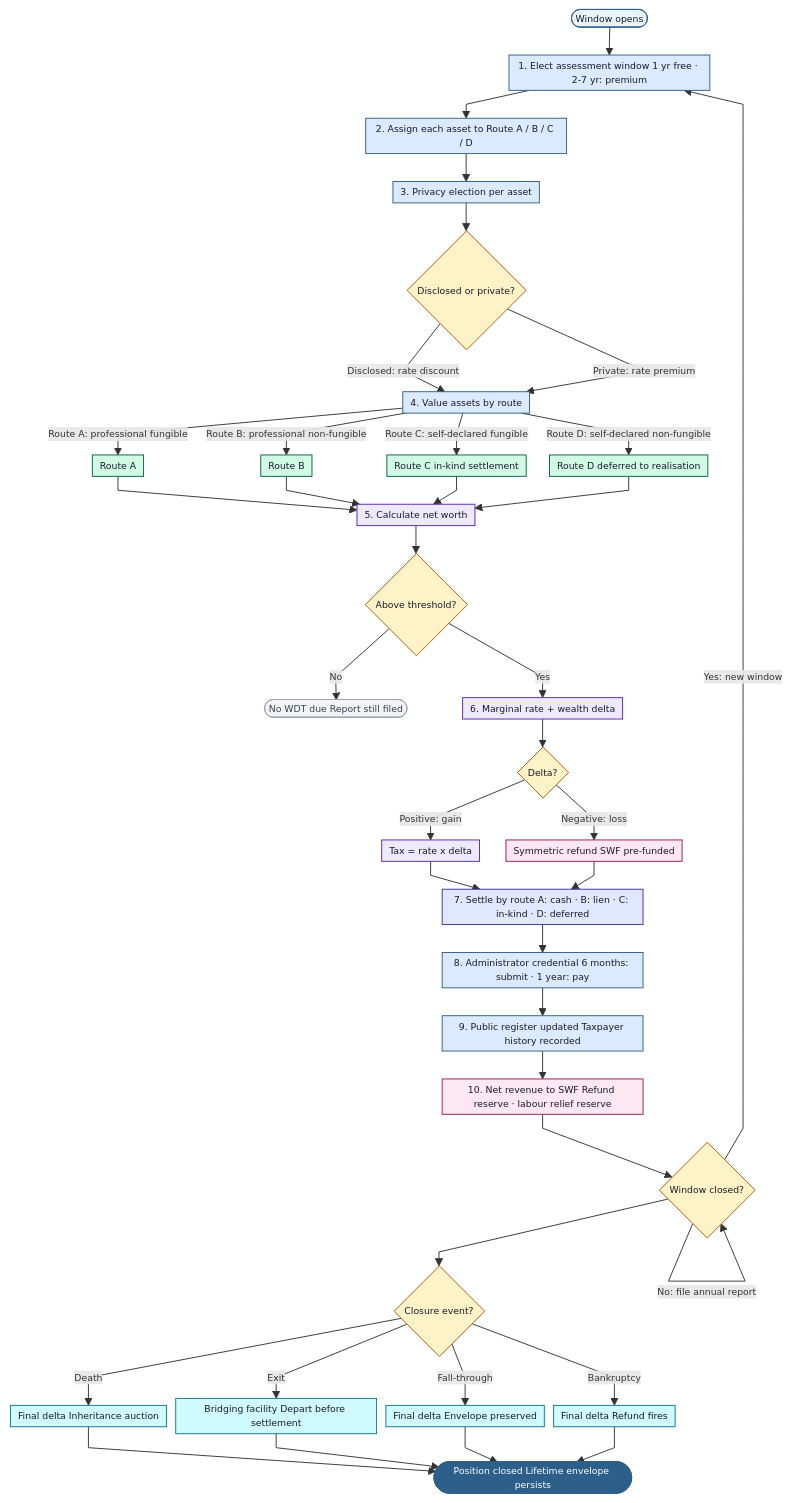
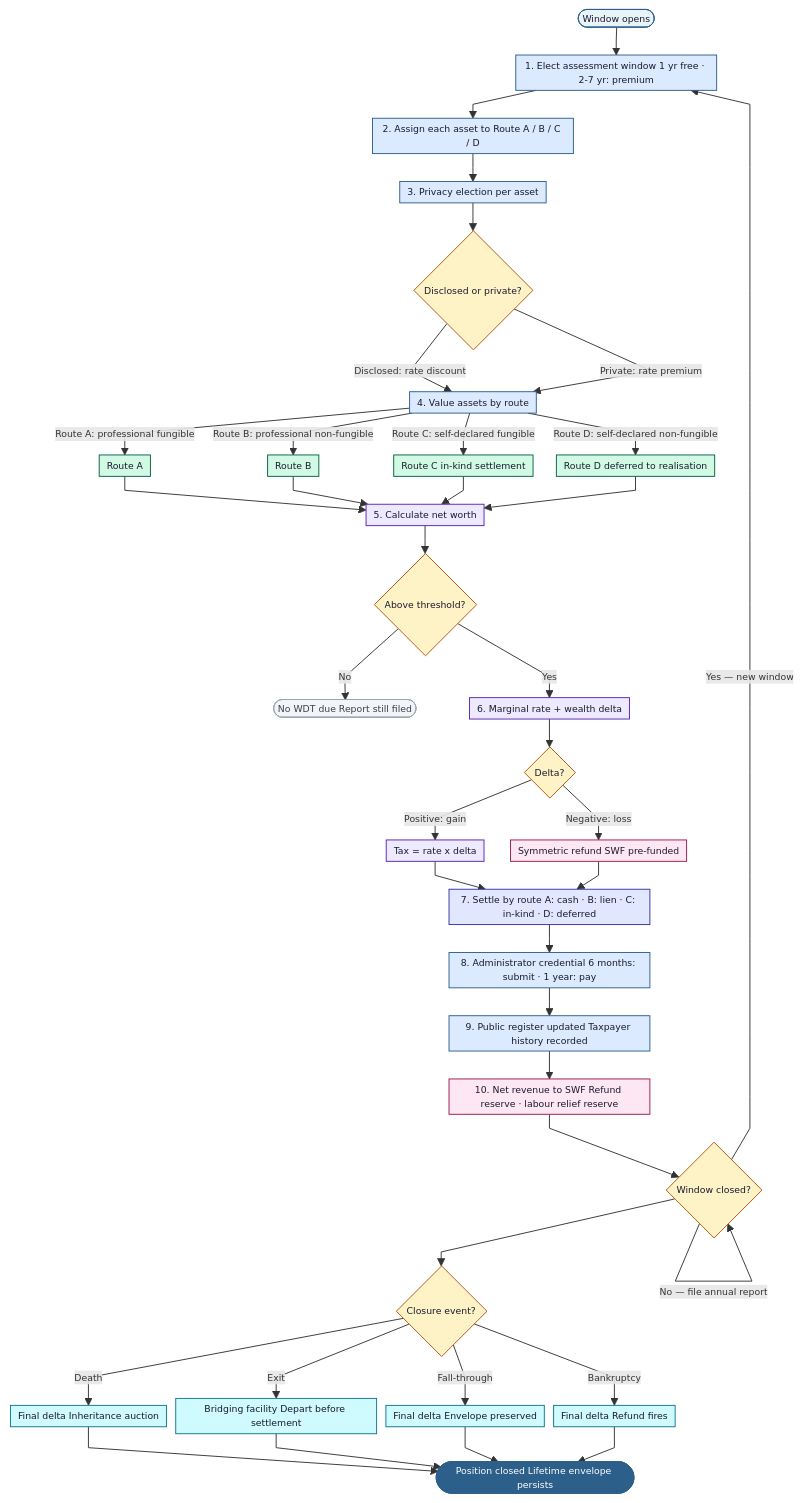
The diagram in site/diagrams/260812_WDT_Skeleton_LR.mmd (wealthdeltatax/WealthDeltaTax), drawn with Mermaid before and after one commit. The commit also changed 2 other files, not shown here.

```diff
--- a/site/diagrams/260812_WDT_Skeleton_LR.mmd
+++ b/site/diagrams/260812_WDT_Skeleton_LR.mmd
@@ -1,83 +1,83 @@
 %%{init: {
   "flowchart": {
     "nodeSpacing": 10,
     "rankSpacing": 30,
     "padding": 4,
     "curve": "linear"
   },
   "themeVariables": {
     "fontSize": "10px",
     "fontFamily": "Arial, sans-serif"
   }
 }}%%
 flowchart TD
 
 classDef start    fill:#e8f4f8,stroke:#2C5F8A,color:#1a1a2e,rx:12
 classDef step     fill:#dbeafe,stroke:#2C5F8A,color:#1a1a2e
 classDef decision fill:#fef3c7,stroke:#b45309,color:#1a1a2e
 classDef route    fill:#d1fae5,stroke:#065f46,color:#1a1a2e
 classDef calc     fill:#ede9fe,stroke:#5b21b6,color:#1a1a2e
 classDef refund   fill:#fce7f3,stroke:#9d174d,color:#1a1a2e
 classDef settle   fill:#e0e7ff,stroke:#3730a3,color:#1a1a2e
 classDef closure  fill:#cffafe,stroke:#0e7490,color:#1a1a2e
 classDef end1      fill:#2C5F8A,stroke:#2C5F8A,color:#fff,rx:12
 classDef none     fill:#f3f4f6,stroke:#9ca3af,color:#374151,rx:12
 
 START([Window opens]):::start --> WIN
 
 WIN[1. Elect assessment window 1 yr free · 2-7 yr: premium]:::step --> ROUTE
 
 ROUTE[2. Assign each asset to Route A / B / C / D]:::step --> PRIV
 
 PRIV[3. Privacy election per asset]:::step --> PRIV_Q
 
 PRIV_Q{Disclosed or private?}:::decision
 PRIV_Q -->|Disclosed: rate discount| VAL
 PRIV_Q -->|Private: rate premium| VAL
 
 VAL[4. Value assets by route]:::step
 
 VAL -->|Route A: professional fungible| RA[Route A]:::route
 VAL -->|Route B: professional non-fungible| RB[Route B]:::route
 VAL -->|Route C: self-declared fungible| RC[Route C in-kind settlement]:::route
 VAL -->|Route D: self-declared non-fungible| RD[Route D deferred to realisation]:::route
 
 RA & RB & RC & RD --> NW
 
 NW[5. Calculate net worth]:::calc --> THRESH
 
 THRESH{Above threshold?}:::decision
 THRESH -->|No| BELOW([No WDT due Report still filed]):::none
 THRESH -->|Yes| RATE
 
 RATE[6. Marginal rate + wealth delta]:::calc --> SIGN
 
 SIGN{Delta?}:::decision
 SIGN -->|Positive: gain| TAX[Tax = rate x delta]:::calc
 SIGN -->|Negative: loss| REFUND[Symmetric refund SWF pre-funded]:::refund
 
 TAX & REFUND --> SETTLE
 
 SETTLE[7. Settle by route A: cash · B: lien · C: in-kind · D: deferred]:::settle --> ADMIN
 
 ADMIN[8. Administrator credential 6 months: submit · 1 year: pay]:::step --> REGISTER
 
 REGISTER[9. Public register updated Taxpayer history recorded]:::step --> SWF
 
 SWF[10. Net revenue to SWF Refund reserve · labour relief reserve]:::refund --> LOOP
 
 LOOP{Window closed?}:::decision
-LOOP -->|No: file annual report| LOOP
-LOOP -->|Yes: new window| WIN
+LOOP -->|No — file annual report| LOOP
+LOOP -->|Yes — new window| WIN
 
 LOOP --> CLOSE
 
 CLOSE{Closure event?}:::decision
 CLOSE -->|Death| CL1[Final delta Inheritance auction]:::closure
 CLOSE -->|Exit| CL2[Bridging facility Depart before settlement]:::closure
 CLOSE -->|Fall-through| CL3[Final delta Envelope preserved]:::closure
 CLOSE -->|Bankruptcy| CL4[Final delta Refund fires]:::closure
 
-CL1 & CL2 & CL3 & CL4 --> END
+CL1 & CL2 & CL3 & CL4 --> END_POS
 
-END([Position closed Lifetime envelope persists]):::end1
+END_POS([Position closed Lifetime envelope persists]):::end1
```
